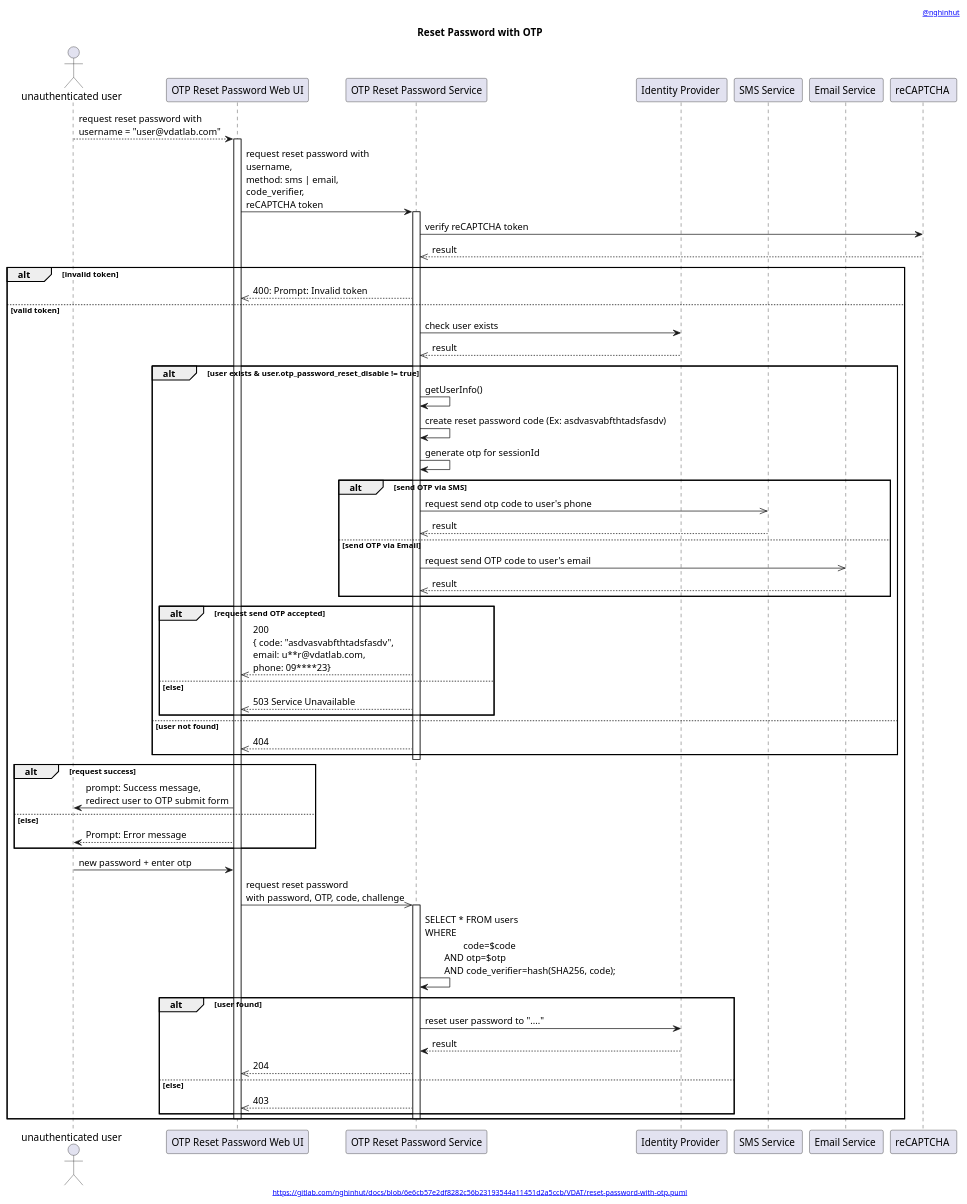
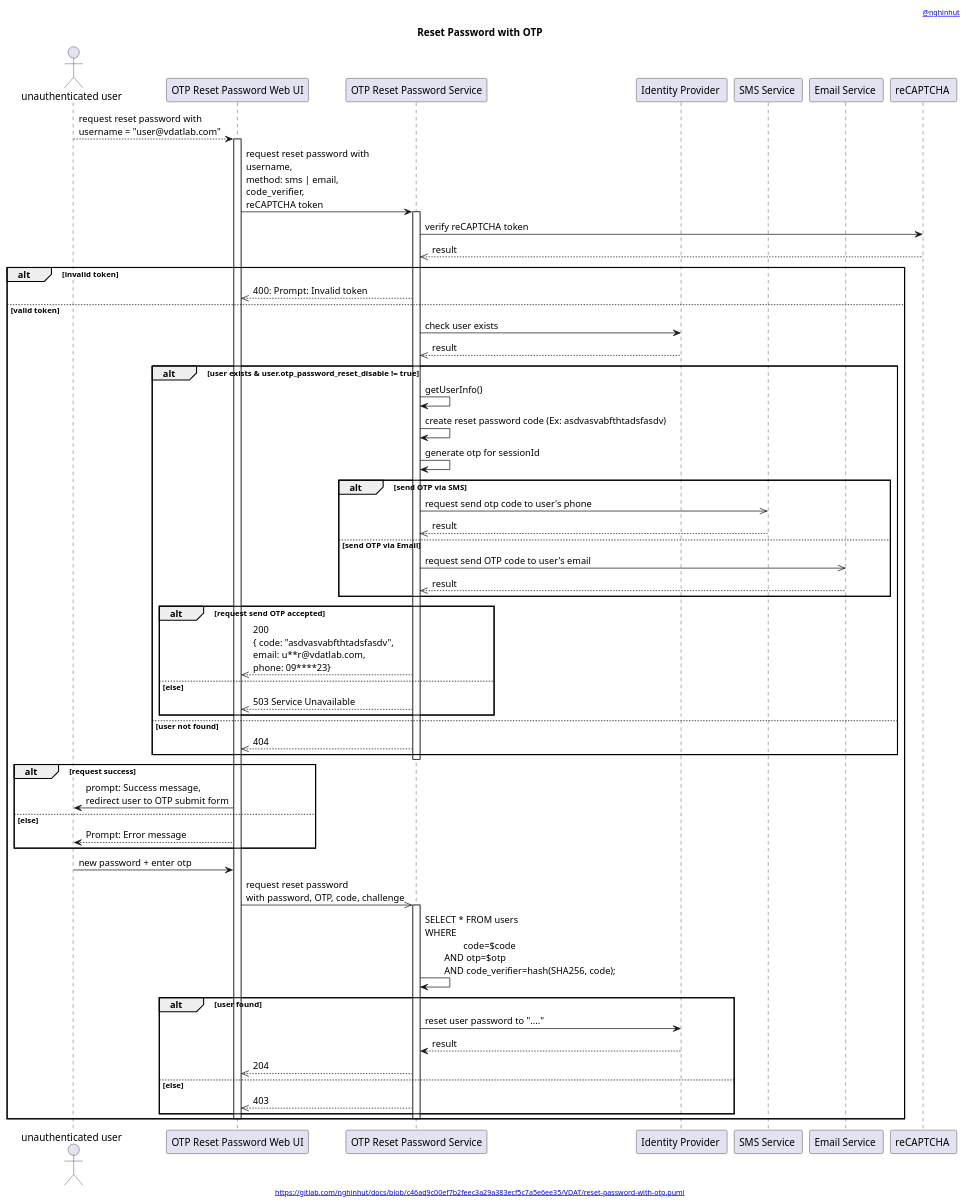
One commit to nghinhut/docs changed the diagram in VDAT/reset-password-with-otp.seq.puml. Above: the diagram before and after it, drawn with PlantUML. The commit also changed 37 other files, not shown here.

```diff
--- a/VDAT/reset-password-with-otp.seq.puml
+++ b/VDAT/reset-password-with-otp.seq.puml
@@ -1,71 +1,71 @@
 @startuml
 '-----START auto generated metadata please keep comment here to allow auto update-----
 '-----DON'T EDIT THIS SECTION, INSTEAD RE-RUN prebuild.sh TO UPDATE-----
-header [[https://www.nghinhut.dev?from=http%5C%3A%5C%2F%5C%2Fwww%5C.plantuml%5C.com%5C%2Fplantuml%5C%2Fproxy%3Ffmt%3Dsvg%5C%26src%3Dhttps%5C%3A%5C%2F%5C%2Fgitlab%5C.com%5C%2Fnghinhut%5C%2Fdocs%5C%2Fraw%5C%2F6e6cb57e2df8282c56b23193544a11451d2a5ccb%5C%2FVDAT%5C%2Freset-password-with-otp%5C.puml%0A @nghinhut]]
-footer [[http://www.plantuml.com/plantuml/proxy?fmt=svg&src=https://gitlab.com/nghinhut/docs/raw/6e6cb57e2df8282c56b23193544a11451d2a5ccb/VDAT/reset-password-with-otp.puml https://gitlab.com/nghinhut/docs/blob/6e6cb57e2df8282c56b23193544a11451d2a5ccb/VDAT/reset-password-with-otp.puml]]
+header [[https://www.nghinhut.dev?from=http%5C%3A%5C%2F%5C%2Fwww%5C.plantuml%5C.com%5C%2Fplantuml%5C%2Fproxy%3Ffmt%3Dsvg%5C%26src%3Dhttps%5C%3A%5C%2F%5C%2Fgitlab%5C.com%5C%2Fnghinhut%5C%2Fdocs%5C%2Fraw%5C%2Fc46ad9c00ef7b2feec3a29a383ecf5c7a5e6ee35%5C%2FVDAT%5C%2Freset-password-with-otp%5C.puml%0A @nghinhut]]
+footer [[http://www.plantuml.com/plantuml/proxy?fmt=svg&src=https://gitlab.com/nghinhut/docs/raw/c46ad9c00ef7b2feec3a29a383ecf5c7a5e6ee35/VDAT/reset-password-with-otp.puml https://gitlab.com/nghinhut/docs/blob/c46ad9c00ef7b2feec3a29a383ecf5c7a5e6ee35/VDAT/reset-password-with-otp.puml]]
 '-----END auto generated metadata please keep comment here to allow auto update-----
 title Reset Password with OTP
 
 actor "unauthenticated user" as rp
 participant "OTP Reset Password Web UI" as client
 participant "OTP Reset Password Service" as rs
 participant "Identity Provider " as idp
 participant "SMS Service " as sms
 participant "Email Service " as email
 participant "reCAPTCHA " as rc
 
 rp --> client : request reset password with\nusername = "user@vdatlab.com"
 activate client
 client -> rs : request reset password with\nusername,\nmethod: sms | email,\ncode_verifier,\nreCAPTCHA token
 activate rs
 rs -> rc : verify reCAPTCHA token
 rs <<-- rc : result
 alt invalid token
 client <<-- rs : 400: Prompt: Invalid token
 else valid token
 rs -> idp : check user exists
 rs <<-- idp : result
 
 alt user exists & user.otp_password_reset_disable != true
     rs -> rs : getUserInfo()
     rs -> rs : create reset password code (Ex: asdvasvabfthtadsfasdv)
     rs -> rs : generate otp for sessionId
     alt send OTP via SMS
         rs ->> sms : request send otp code to user's phone
         rs <<-- sms : result
     else send OTP via Email
         rs ->> email : request send OTP code to user's email
         rs <<-- email : result
     end
     alt request send OTP accepted
         client <<-- rs : 200\n{ code: "asdvasvabfthtadsfasdv",\nemail: u**r@vdatlab.com,\nphone: 09****23}
     else else
         client <<-- rs : 503 Service Unavailable
     end
 else user not found
     client <<-- rs : 404
 end
 deactivate rs
 
 alt request success
     rp <- client : prompt: Success message,\nredirect user to OTP submit form
 else else
     rp <-- client : Prompt: Error message
 end
 
 rp -> client : new password + enter otp
 client ->> rs : request reset password\nwith password, OTP, code, challenge
 activate rs
     rs -> rs : SELECT * FROM users\nWHERE\n\t\tcode=$code\n\tAND otp=$otp\n\tAND code_verifier=hash(SHA256, code);
     alt user found
         rs -> idp : reset user password to "...."
         rs <-- idp : result
         client <<-- rs : 204
     else else
         client <<-- rs : 403
     end
 deactivate rs
 
 deactivate client
 end
 @enduml
```
